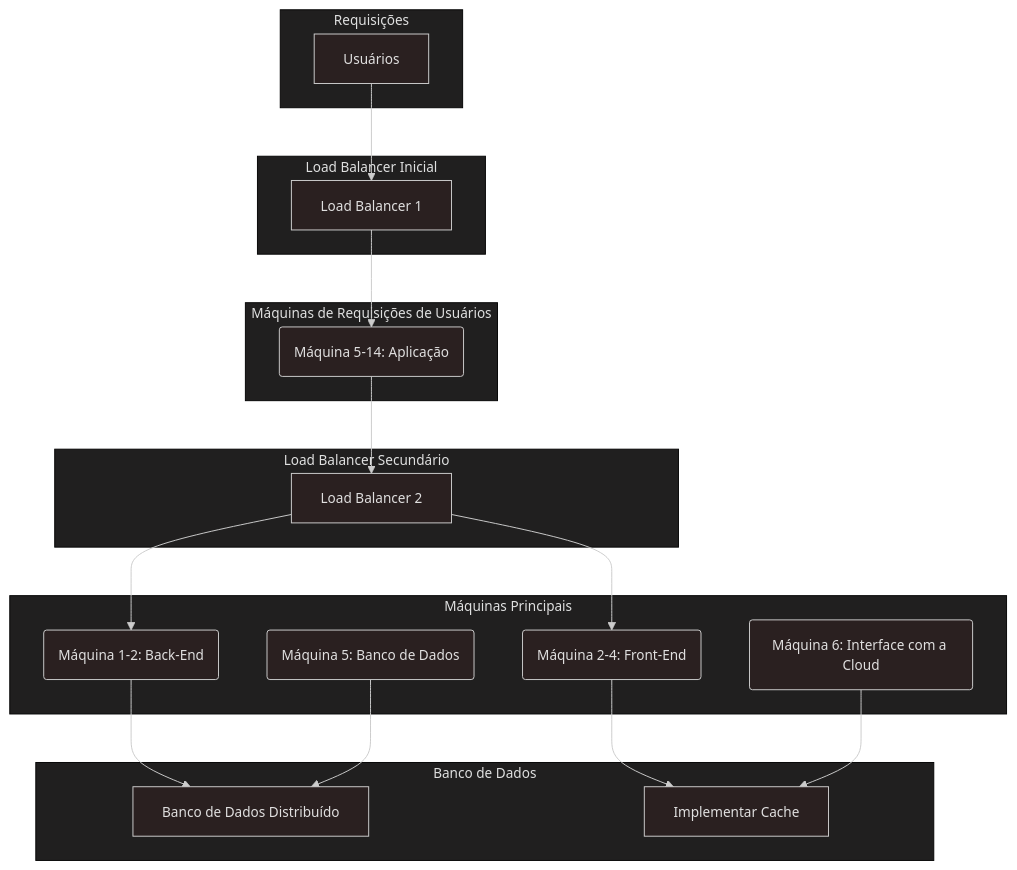
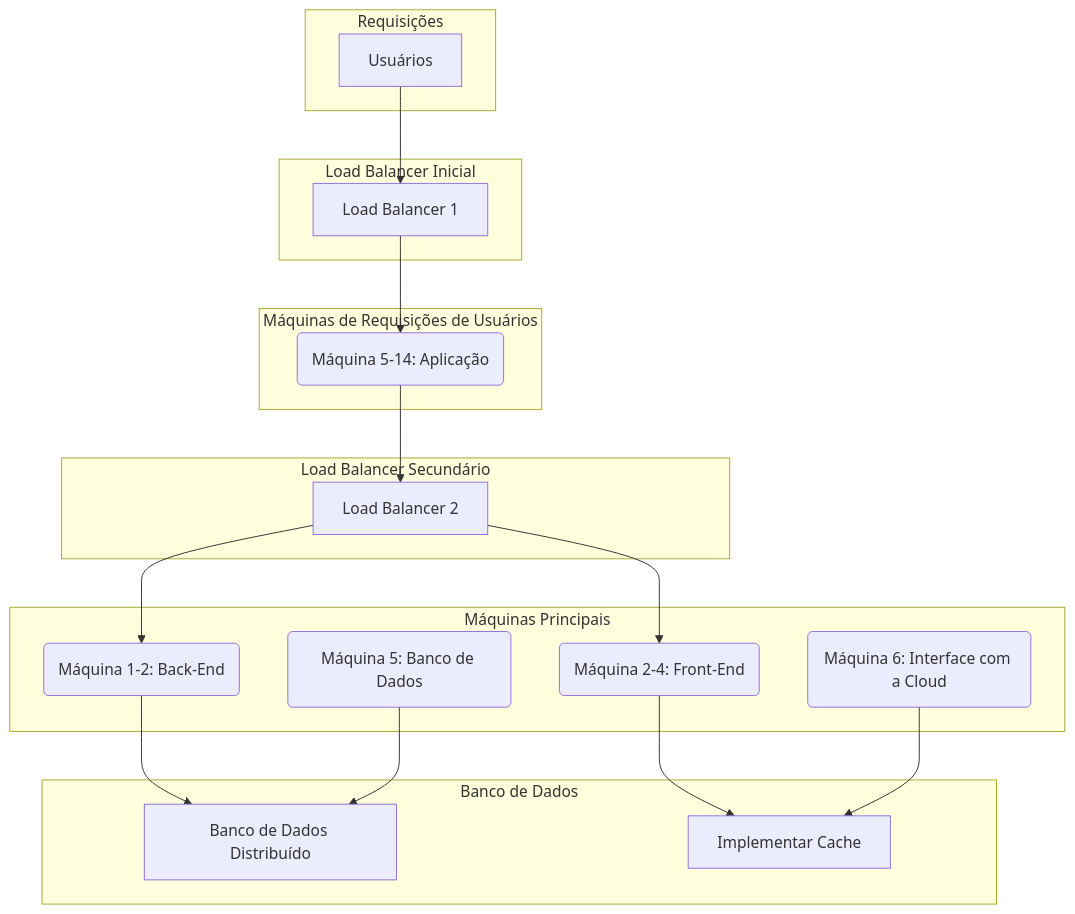
One commit to ThiagoRAlmeida2/Map-Reduce changed the diagram in Solução.md. Above: the diagram before and after it, drawn with Mermaid.

````diff
--- a/Solução.md
+++ b/Solução.md
@@ -65,37 +65,34 @@
 ```mermaid
----
-config:
-  theme: neo-dark
----
 graph TD
-subgraph "Requisições"
-User[Usuários]
-end
-subgraph "Load Balancer Inicial"
-LB1[Load Balancer 1]
-end
-subgraph "Máquinas de Requisições de Usuários"
-U1(Máquina 5-14: Aplicação)
-end
-subgraph "Load Balancer Secundário"
-LB2[Load Balancer 2]
-end
-subgraph "Máquinas Principais"
-A1(Máquina 1-2: Back-End)
-A2(Máquina 2-4: Front-End)
-A3(Máquina 5: Banco de Dados)
-A4(Máquina 6: Interface com a Cloud)
-end
-subgraph "Banco de Dados"
-E1[Banco de Dados Distribuído]
-E2[Implementar Cache]
-end
+  subgraph "Requisições"
+  User[Usuários]
+  end
+  subgraph "Load Balancer Inicial"
+  LB1[Load Balancer 1]
+  end
+  subgraph "Máquinas de Requisições de Usuários"
+  U1(Máquina 5-14: Aplicação)
+  end
+  subgraph "Load Balancer Secundário"
+  LB2[Load Balancer 2]
+  end
+  subgraph "Máquinas Principais"
+  A1(Máquina 1-2: Back-End)
+  A2(Máquina 2-4: Front-End)
+  A3(Máquina 5: Banco de Dados)
+  A4(Máquina 6: Interface com a Cloud)
+  end
+  subgraph "Banco de Dados"
+  E1[Banco de Dados Distribuído]
+  E2[Implementar Cache]
+  end
+  
 User --> LB1
 LB1 --> U1
 U1 --> LB2
 LB2 --> A1 & A2
 A1 --> E1
 A2 --> E2
 A3 --> E1
 A4 --> E2
 ```
````
